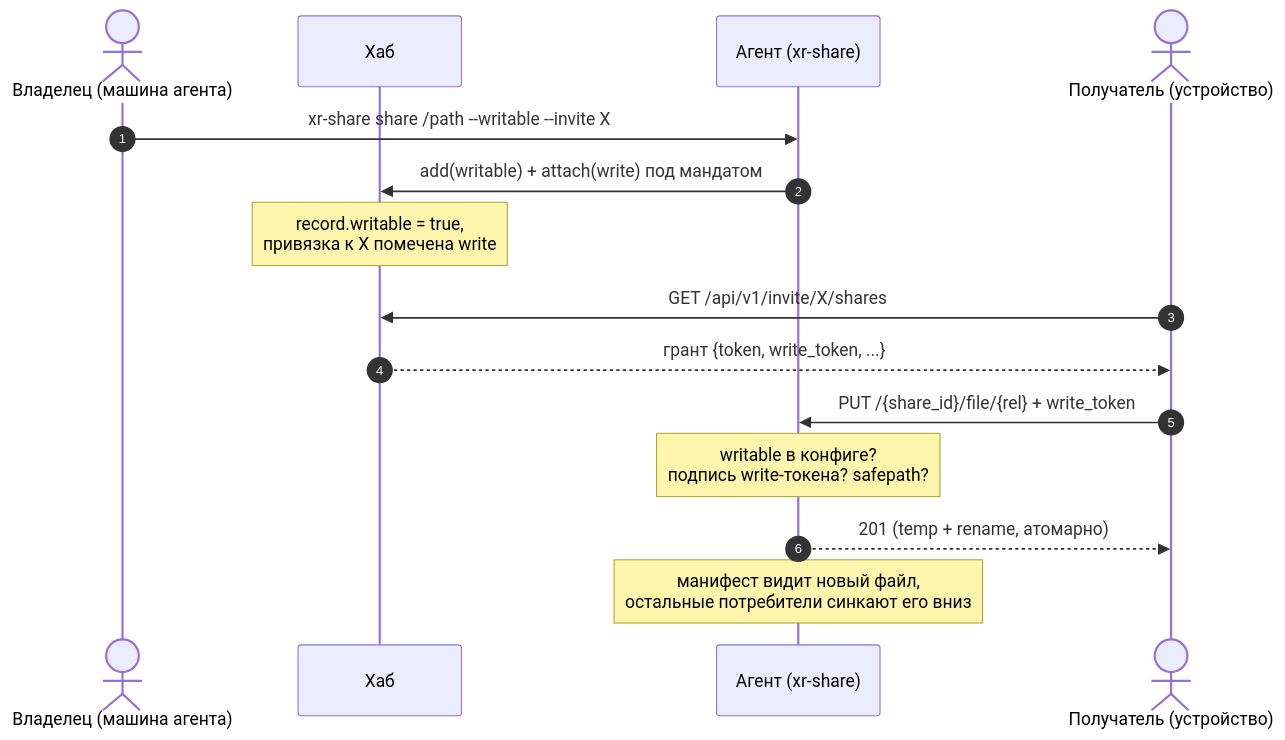
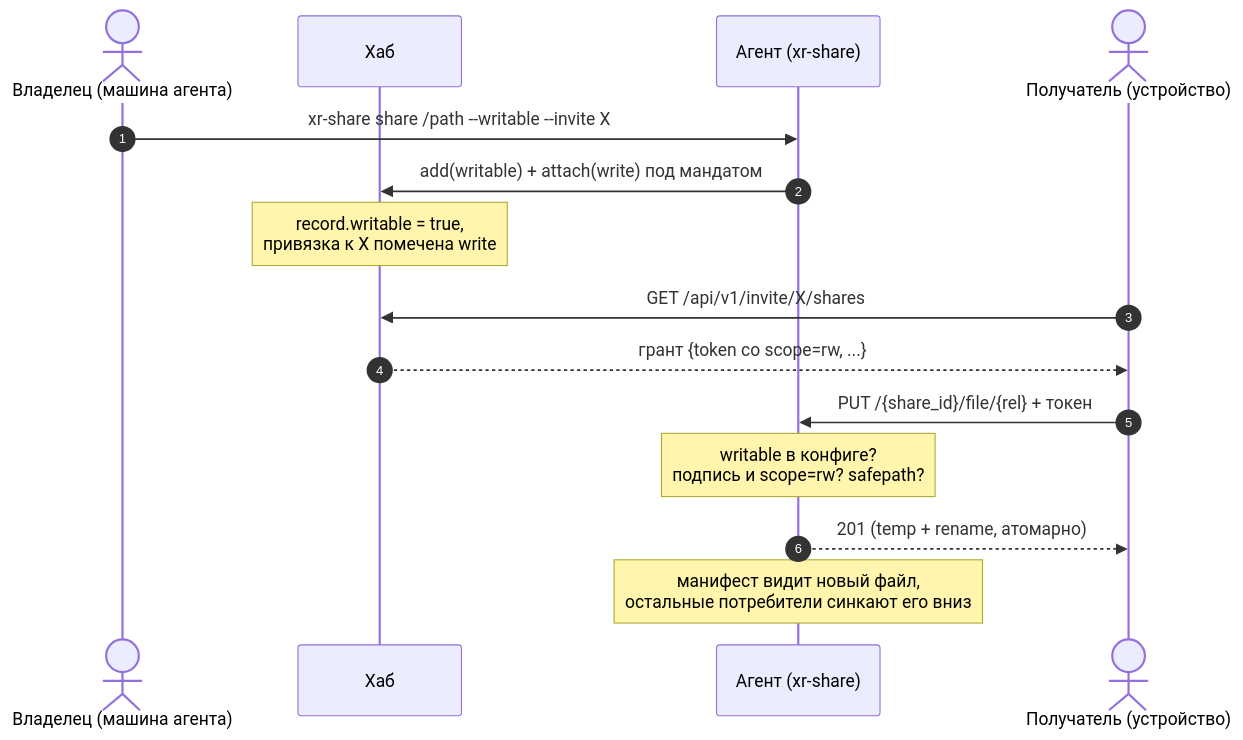
One commit to dronrider/xr-proxy changed the diagram in docs/lld/28-share-write-scope.md. Above: the diagram before and after it, drawn with Mermaid. The commit also changed other lines of this file and 1 other file, not shown here.

Commit message:
docs(lld): XR-051 LLD-28 по итогам обсуждения: scope внутри токена вместо отдельного write-токена, стык с LLD-25/XR-030

````diff
--- a/docs/lld/28-share-write-scope.md
+++ b/docs/lld/28-share-write-scope.md
@@ -28,18 +29,18 @@
 ```mermaid
 sequenceDiagram
     autonumber
     actor Owner as Владелец (машина агента)
     participant Hub as Хаб
     participant Agent as Агент (xr-share)
     actor User as Получатель (устройство)
 
     Owner->>Agent: xr-share share /path --writable --invite X
     Agent->>Hub: add(writable) + attach(write) под мандатом
     Note over Hub: record.writable = true,<br/>привязка к X помечена write
     User->>Hub: GET /api/v1/invite/X/shares
-    Hub-->>User: грант {token, write_token, ...}
-    User->>Agent: PUT /{share_id}/file/{rel} + write_token
-    Note over Agent: writable в конфиге?<br/>подпись write-токена? safepath?
+    Hub-->>User: грант {token со scope=rw, ...}
+    User->>Agent: PUT /{share_id}/file/{rel} + токен
+    Note over Agent: writable в конфиге?<br/>подпись и scope=rw? safepath?
     Agent-->>User: 201 (temp + rename, атомарно)
     Note over Agent: манифест видит новый файл,<br/>остальные потребители синкают его вниз
 ```
````
